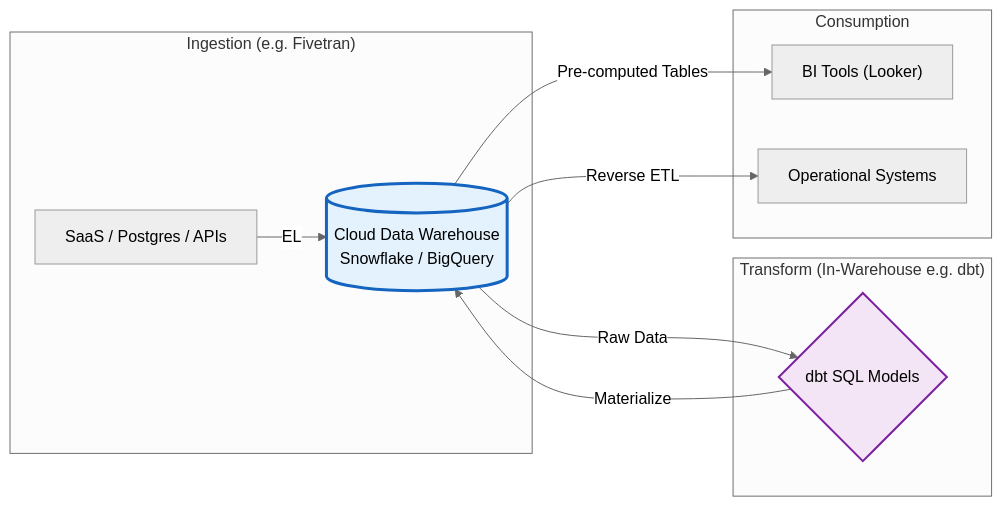
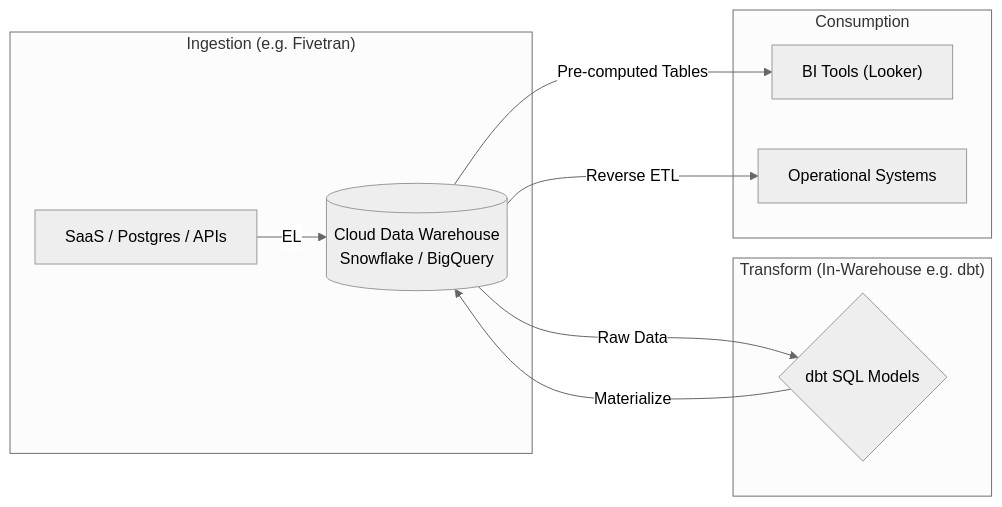
Before and after one commit to kythuatdulieu/kythuatdulieu.github.io: the diagram in src/content/docs/concepts/1-distributed-systems-architecture/modern-data-stack.md, drawn with Mermaid (neutral theme). The commit also changed 682 other files, not shown here.

````diff
--- a/src/content/docs/concepts/1-distributed-systems-architecture/modern-data-stack.md
+++ b/src/content/docs/concepts/1-distributed-systems-architecture/modern-data-stack.md
@@ -37,19 +37,18 @@
 ```mermaid
 graph LR
     subgraph Extract_Load ["Ingestion (e.g. Fivetran)"]
         A["SaaS / Postgres / APIs"] -->|EL| B[("Cloud Data Warehouse<br/>Snowflake / BigQuery")]
     end
     
     subgraph Transform_In_Warehouse ["Transform (In-Warehouse e.g. dbt)"]
         B -->|Raw Data| C{"dbt SQL Models"}
         C -->|Materialize| B
     end
     
     subgraph Serve ["Consumption"]
         B -->|Pre-computed Tables| D["BI Tools (Looker)"]
         B -->|Reverse ETL| E["Operational Systems"]
     end
-    
-    style B fill:#e3f2fd,stroke:#1565c0,stroke-width:3px
-    style C fill:#f3e5f5,stroke:#7b1fa2,stroke-width:2px
+
+
 ```
````
